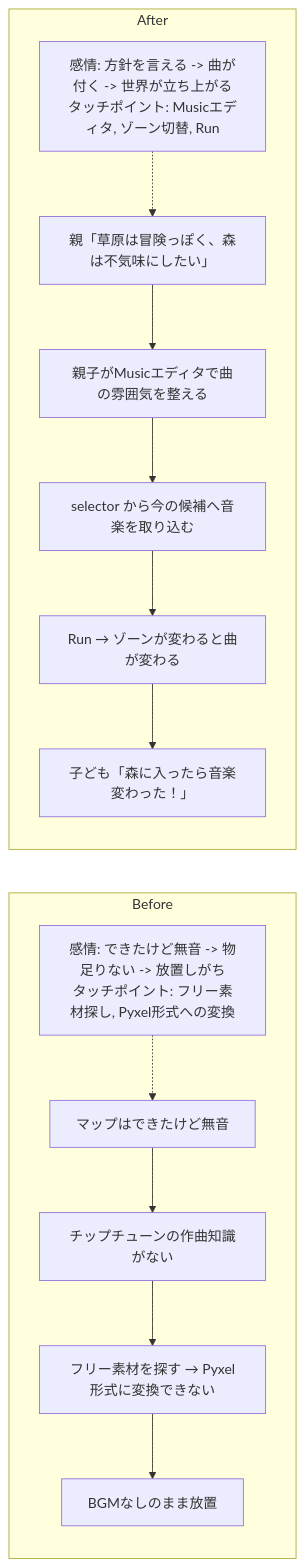
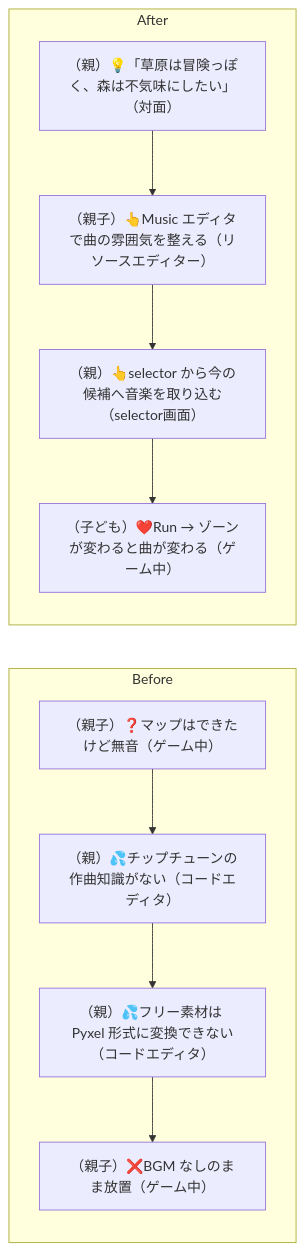
Diagram 16 of 42 in docs/customer-journeys.md (tatsuro-ueda/code-quest-pyxel), drawn with Mermaid before and after one commit. The commit also changed other lines of this file and 20 other files, not shown here.

````diff
--- a/docs/customer-journeys.md
+++ b/docs/customer-journeys.md
@@ -456,18 +430,15 @@
 ```mermaid
 flowchart LR
     subgraph Before["Before"]
-        BM["感情: できたけど無音 -> 物足りない -> 放置しがち<br/>タッチポイント: フリー素材探し, Pyxel形式への変換"]
-        BM -.-> B1
-        B1[マップはできたけど無音] --> B2[チップチューンの作曲知識がない]
-        B2 --> B3[フリー素材を探す → Pyxel形式に変換できない]
-        B3 --> B4[BGMなしのまま放置]
+        B1[（親子）❓マップはできたけど無音（ゲーム中）]
+        B1 --> B2[（親）💦チップチューンの作曲知識がない（コードエディタ）]
+        B2 --> B3[（親）💦フリー素材は Pyxel 形式に変換できない（コードエディタ）]
+        B3 --> B4[（親子）❌BGM なしのまま放置（ゲーム中）]
     end
     subgraph After["After"]
-        AM["感情: 方針を言える -> 曲が付く -> 世界が立ち上がる<br/>タッチポイント: Musicエディタ, ゾーン切替, Run"]
-        AM -.-> A1
-        A1[親「草原は冒険っぽく、森は不気味にしたい」] --> A2[親子がMusicエディタで曲の雰囲気を整える]
-        A2 --> A3[selector から今の候補へ音楽を取り込む]
-        A3 --> A4[Run → ゾーンが変わると曲が変わる]
-        A4 --> A5[子ども「森に入ったら音楽変わった！」]
+        A1[（親）💡「草原は冒険っぽく、森は不気味にしたい」（対面）]
+        A1 --> A2[（親子）👆Music エディタで曲の雰囲気を整える（リソースエディター）]
+        A2 --> A3[（親）👆selector から今の候補へ音楽を取り込む（selector画面）]
+        A3 --> A4[（子ども）❤️Run → ゾーンが変わると曲が変わる（ゲーム中）]
     end
 ```
````
